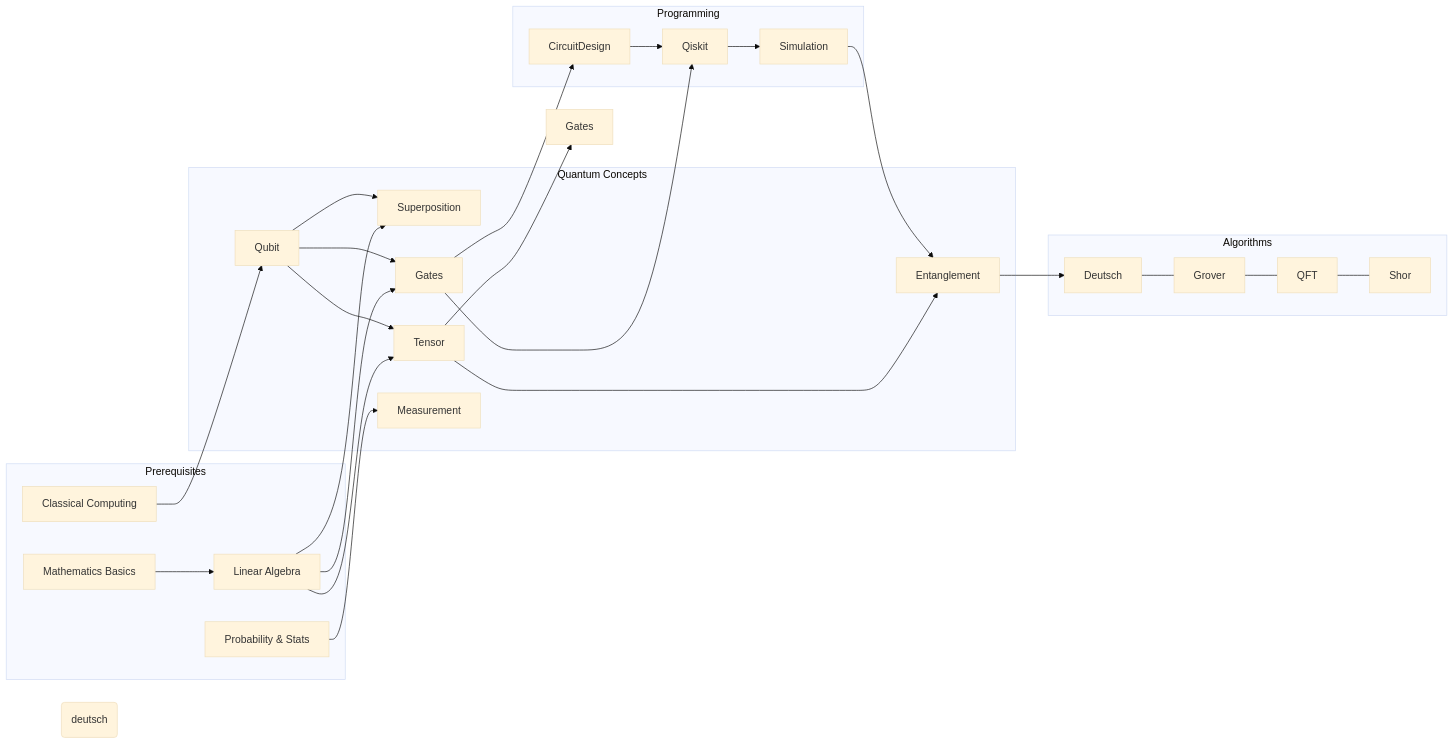
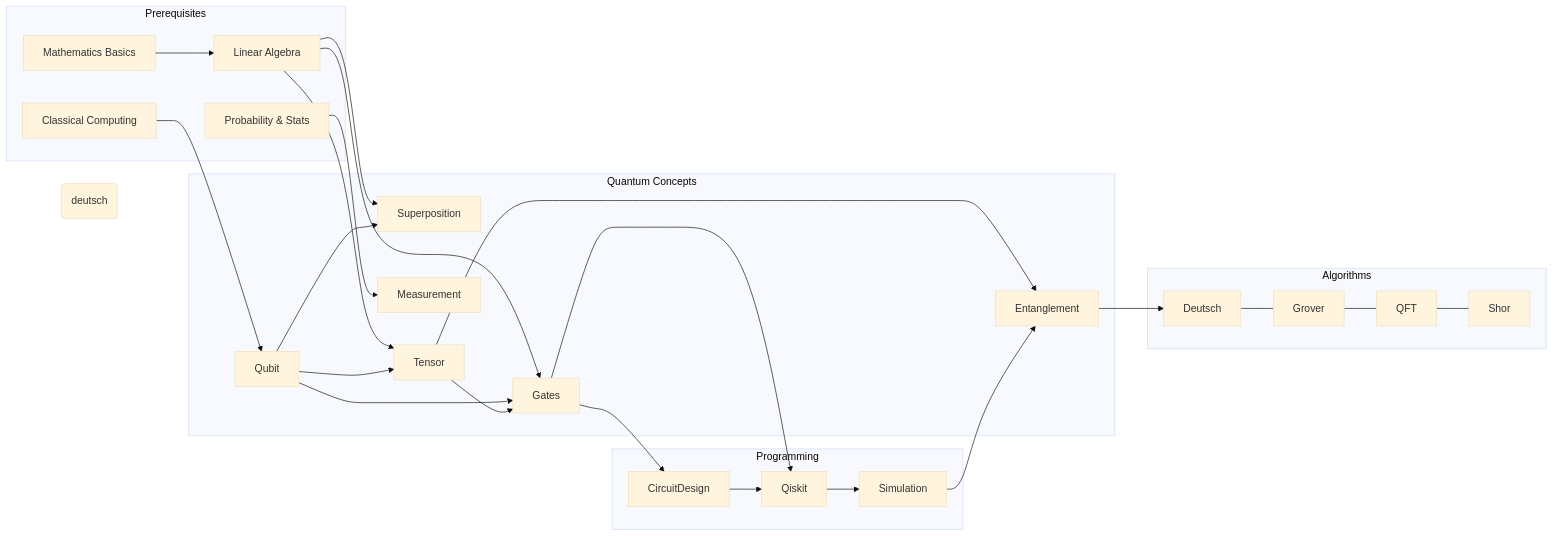
The second of 2 diagrams in docs/Curriculum/Q-Learn-quantum-curriculum.md (qphase-ai/Q-Learn), drawn with Mermaid (base theme) before and after one commit. The commit also changed other lines of this file and 2 other files, not shown here.

````diff
--- a/docs/Curriculum/Q-Learn-quantum-curriculum.md
+++ b/docs/Curriculum/Q-Learn-quantum-curriculum.md
@@ -54,48 +54,48 @@
 ```mermaid
 graph LR
     subgraph Prerequisites
         Math[Mathematics Basics] 
         Prob[Probability & Stats] 
         LinAlg[Linear Algebra] 
         Comp[Classical Computing]
     end
     subgraph Quantum Concepts
         Qubit
         Superposition
         Gates
         Tensor
         Entanglement
         Measurement
     end
     subgraph Programming
         Qiskit
         CircuitDesign
         Simulation
     end
     subgraph Algorithms
         Deutsch  --- Grover
         Grover --- QFT
         QFT --- Shor
     end
 
     Comp --> Qubit
     LinAlg --> Superposition
     LinAlg --> Gates
     LinAlg --> Tensor
     Math --> LinAlg
     Prob --> Measurement
     Qubit --> Superposition
     Qubit --> Gates
     Qubit --> Tensor
     Gates --> CircuitDesign
     Gates --> Qiskit
     Tensor --> Entanglement
     Entanglement --> Deutsch
-    Tensor --> CNOT[Gates]
+    Tensor --> Gates
 
     Simulation --> Entanglement
     Qiskit --> Simulation
     CircuitDesign --> Qiskit
 
     SubD(deutsch)
 ```
````
